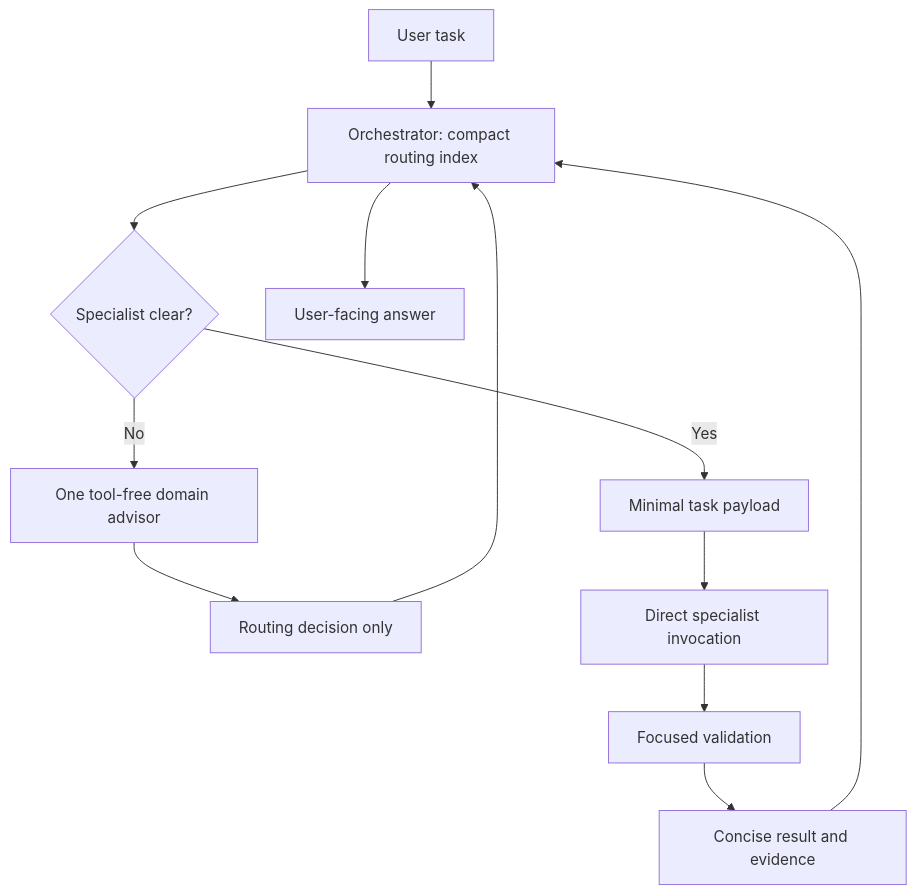
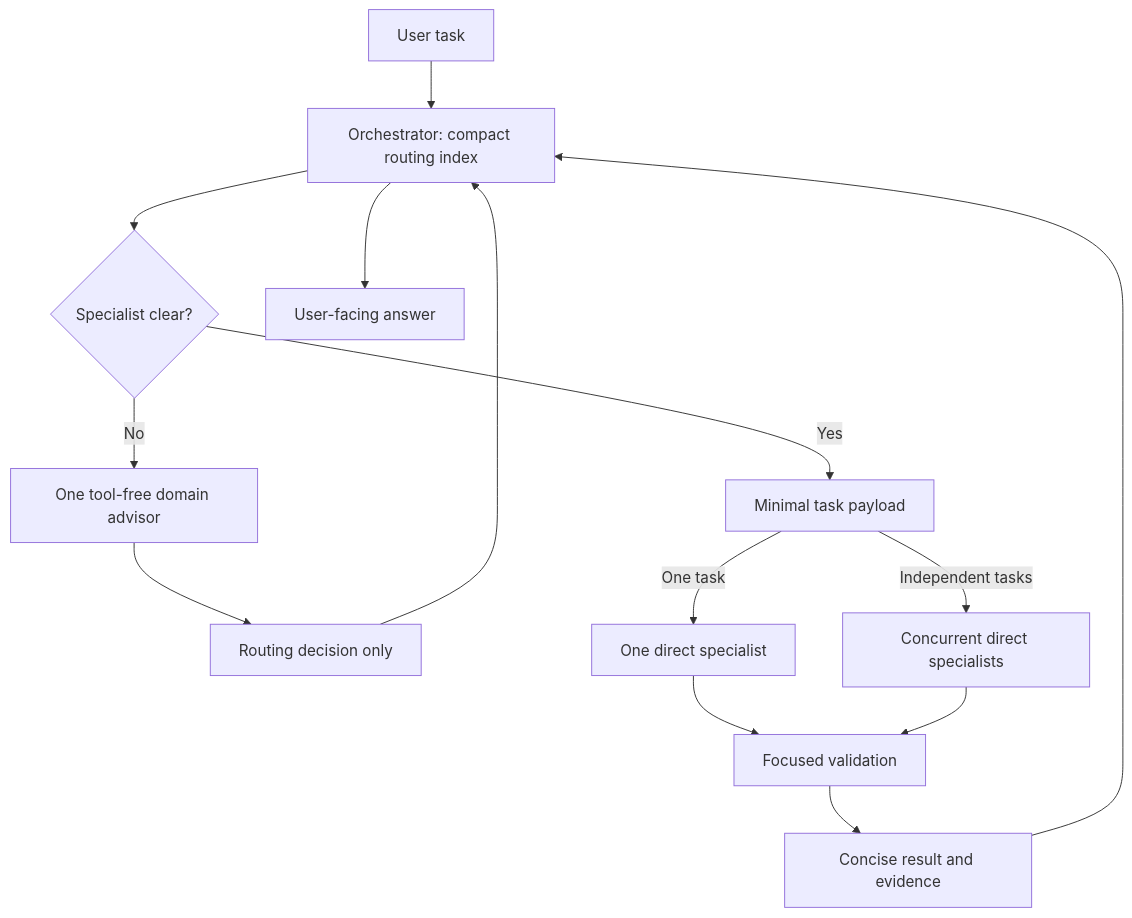
One commit to UtopikPrompt/agents changed the first of 2 diagrams in README.md. Above: the diagram before and after it, drawn with Mermaid. The commit also changed other lines of this file and 3 other files, not shown here.

Commit message:
feat: Update AgentOptimizer and Orchestrator documentation for runtime diagnosis and concurrent task handling

````diff
--- a/README.md
+++ b/README.md
@@ -50,14 +50,16 @@
 ```mermaid
 flowchart TD
     U["User task"] --> D["Orchestrator: compact routing index"]
     D --> Q{"Specialist clear?"}
     Q -->|Yes| P["Minimal task payload"]
     Q -->|No| A["One tool-free domain advisor"]
     A --> J["Routing decision only"]
     J --> D
-    P --> S["Direct specialist invocation"]
+    P -->|One task| S["One direct specialist"]
+    P -->|Independent tasks| M["Concurrent direct specialists"]
     S --> V["Focused validation"]
+    M --> V
     V --> R["Concise result and evidence"]
     R --> D
     D --> F["User-facing answer"]
 ```
````
